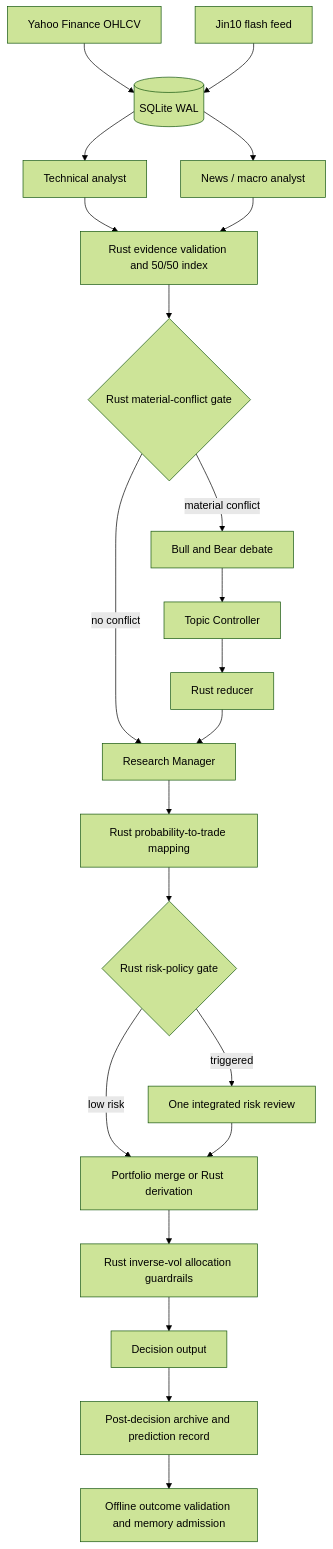
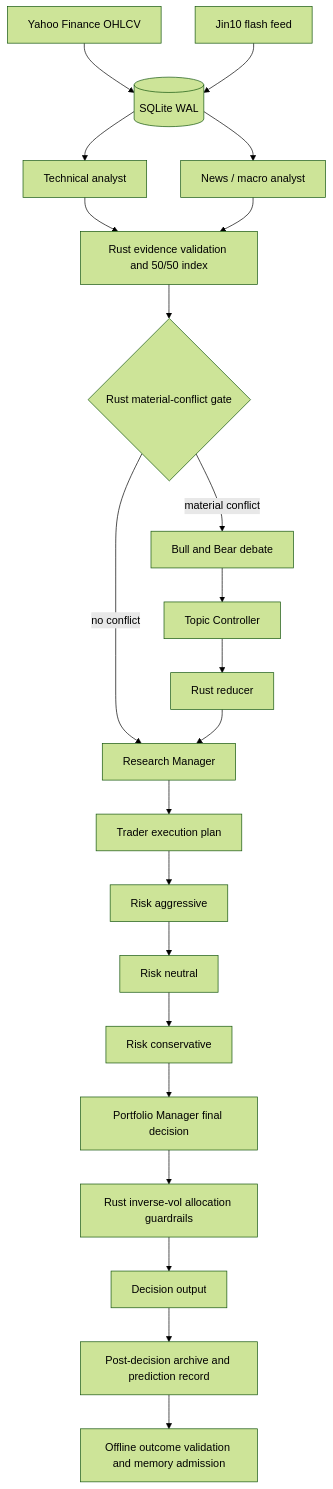
The diagram in README.md (alixeu/akzio-signal-intelligence), drawn with Mermaid (forest theme) before and after one commit. The commit also changed other lines of this file and 47 other files, not shown here.

````diff
--- a/README.md
+++ b/README.md
@@ -18,24 +18,24 @@
 ```mermaid
 flowchart TD
     Y[Yahoo Finance OHLCV] --> DB[(SQLite WAL)]
     J[Jin10 flash feed] --> DB
     DB --> T[Technical analyst]
     DB --> N[News / macro analyst]
     T --> I[Rust evidence validation and 50/50 index]
     N --> I
     I --> C{Rust material-conflict gate}
     C -->|no conflict| M[Research Manager]
     C -->|material conflict| B[Bull and Bear debate]
     B --> TC[Topic Controller]
     TC --> R[Rust reducer]
     R --> M
-    M --> TR[Rust probability-to-trade mapping]
-    TR --> G{Rust risk-policy gate}
-    G -->|low risk| P[Portfolio merge or Rust derivation]
-    G -->|triggered| RA[One integrated risk review]
-    RA --> P
+    M --> TR[Trader execution plan]
+    TR --> AG[Risk aggressive]
+    AG --> NE[Risk neutral]
+    NE --> CO[Risk conservative]
+    CO --> P[Portfolio Manager final decision]
     P --> A[Rust inverse-vol allocation guardrails]
     A --> O[Decision output]
     O --> REF[Post-decision archive and prediction record]
     REF --> MEM[Offline outcome validation and memory admission]
 ```
````
